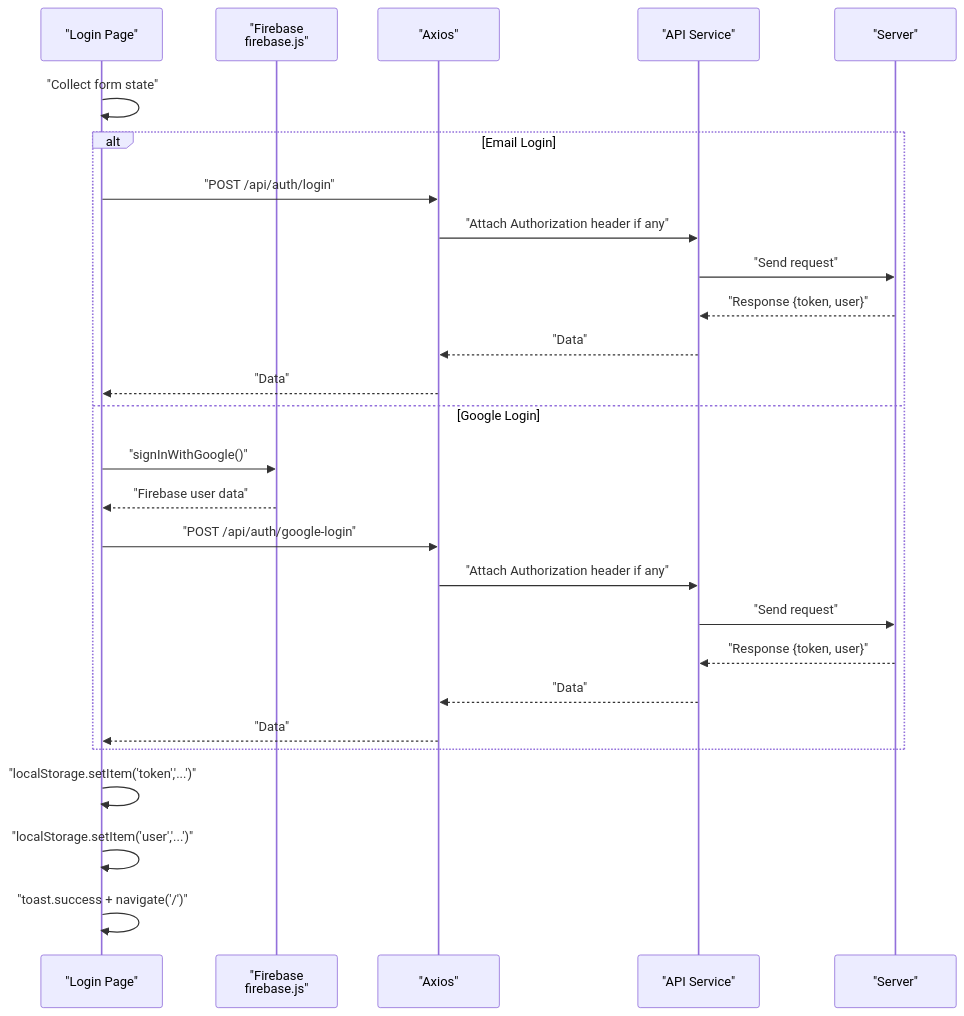
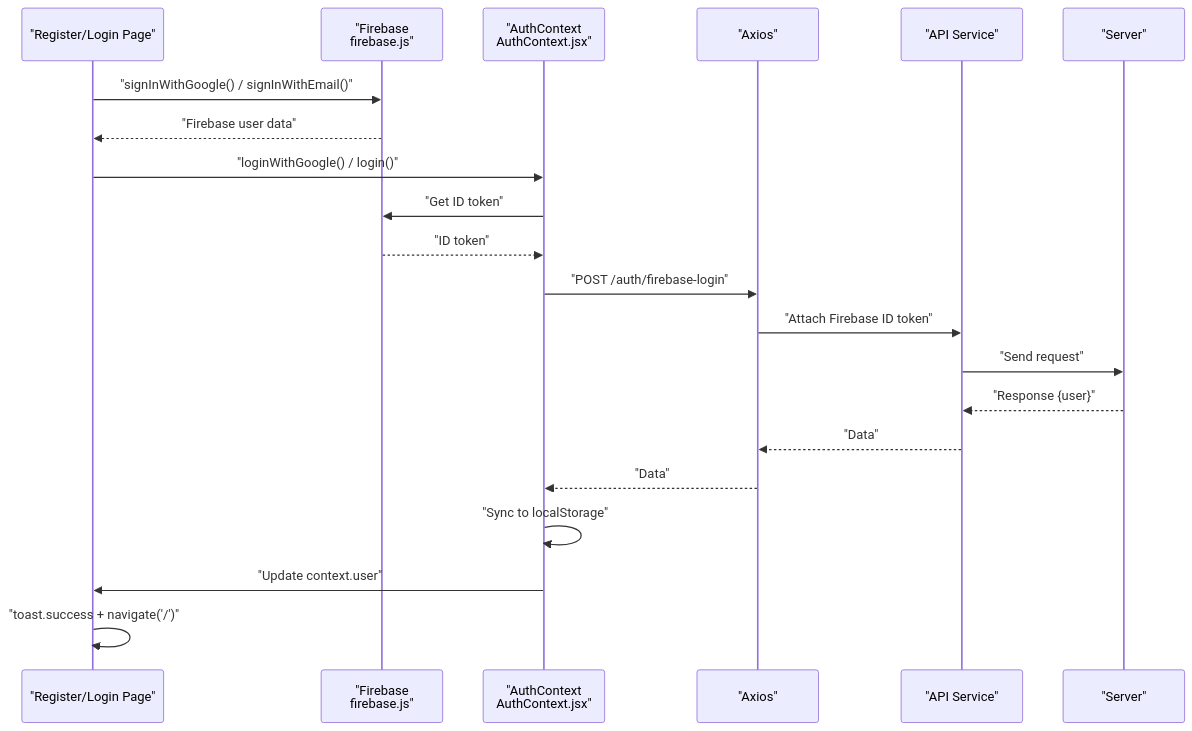
The fourth of 7 diagrams in .qoder/repowiki/en/content/Authentication & Authorization/Login & Registration Process.md (Pavan-PSPK9032/TrendsandToss), drawn with Mermaid before and after one commit. The commit also changed other lines of this file and 9 other files, not shown here.

````diff
--- a/.qoder/repowiki/en/content/Authentication & Authorization/Login & Registration Process.md
+++ b/.qoder/repowiki/en/content/Authentication & Authorization/Login & Registration Process.md
@@ -369,29 +206,23 @@
 ```mermaid
 sequenceDiagram
-participant P as "Login Page"
+participant P as "Register/Login Page"
 participant F as "Firebase<br/>firebase.js"
+participant A as "AuthContext<br/>AuthContext.jsx"
 participant AX as "Axios"
 participant API as "API Service"
 participant SRV as "Server"
-P->>P : "Collect form state"
-alt Email Login
-P->>AX : "POST /api/auth/login"
-AX->>API : "Attach Authorization header if any"
+P->>F : "signInWithGoogle() / signInWithEmail()"
+F-->>P : "Firebase user data"
+P->>A : "loginWithGoogle() / login()"
+A->>F : "Get ID token"
+F-->>A : "ID token"
+A->>AX : "POST /auth/firebase-login"
+AX->>API : "Attach Firebase ID token"
 API->>SRV : "Send request"
-SRV-->>API : "Response {token, user}"
+SRV-->>API : "Response {user}"
 API-->>AX : "Data"
-AX-->>P : "Data"
-else Google Login
-P->>F : "signInWithGoogle()"
-F-->>P : "Firebase user data"
-P->>AX : "POST /api/auth/google-login"
-AX->>API : "Attach Authorization header if any"
-API->>SRV : "Send request"
-SRV-->>API : "Response {token, user}"
-API-->>AX : "Data"
-AX-->>P : "Data"
-end
-P->>P : "localStorage.setItem('token','...')"
-P->>P : "localStorage.setItem('user','...')"
+AX-->>A : "Data"
+A->>A : "Sync to localStorage"
+A->>P : "Update context.user"
 P->>P : "toast.success + navigate('/')"
 ```
````
